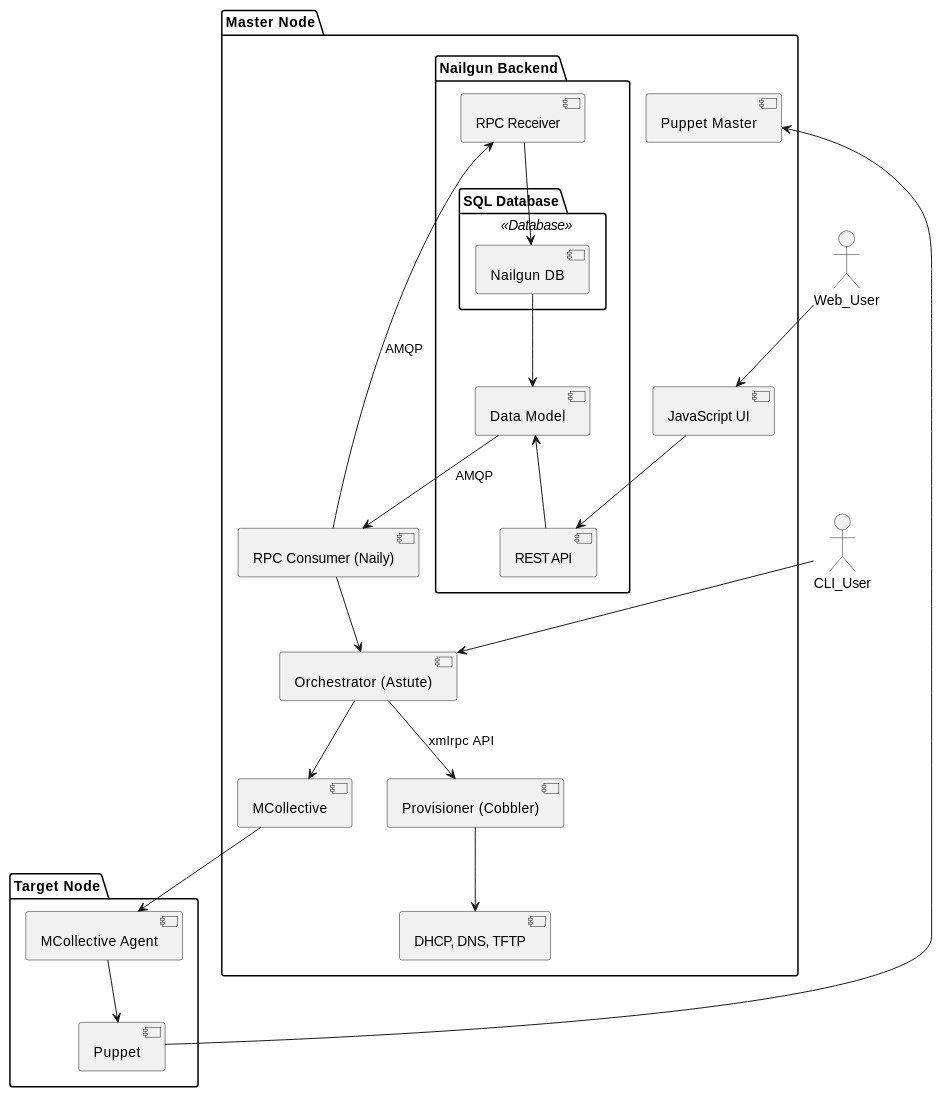
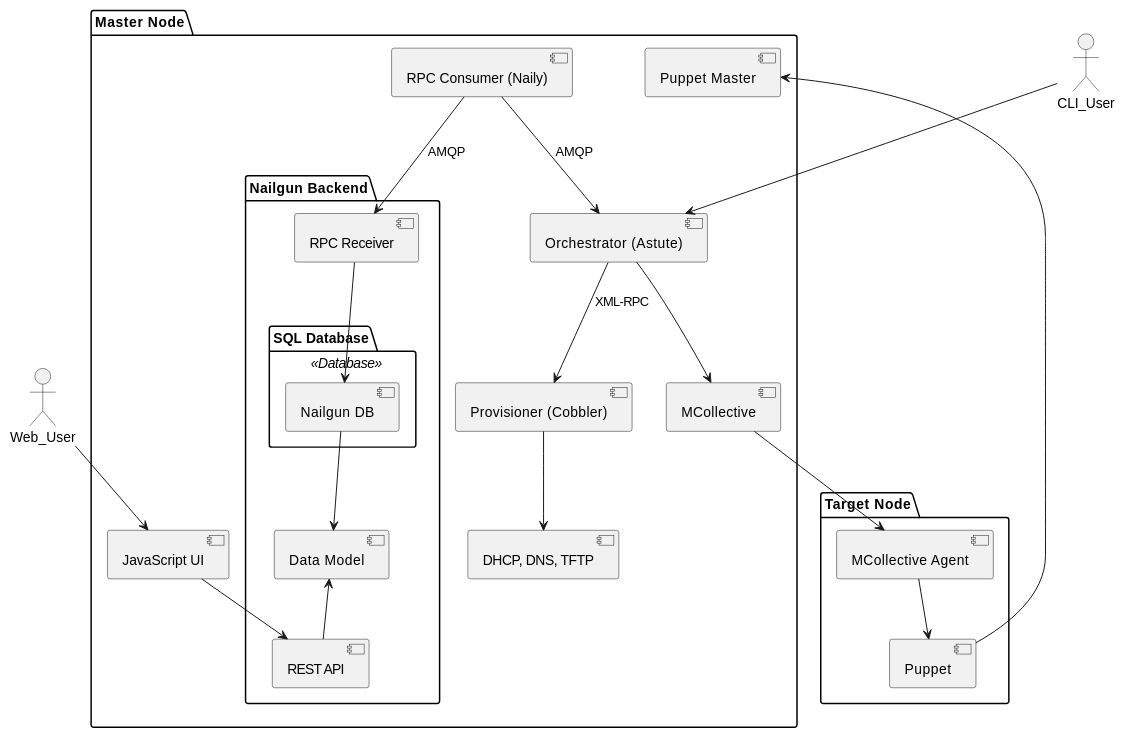
The diagram in docs/develop/logical_arch.rst (openstack-archive/fuel-main), drawn with PlantUML before and after one commit. The commit also changed other lines of this file and 1 other file, not shown here.

First line of the commit message:
Overview of FuelWeb components in the Logical Architecture

```diff
--- a/docs/develop/logical_arch.rst
+++ b/docs/develop/logical_arch.rst
@@ -6,32 +50,31 @@
  .. uml::
     package "Master Node" {
         [JavaScript UI]
         package "Nailgun Backend" {
             package "SQL Database" <<Database>> {
                 [Nailgun DB]
             }
             [Nailgun DB] --> [Data Model]
             [Data Model] <-- [REST API]
             [RPC Receiver] --> [Nailgun DB]
         }
         [Provisioner (Cobbler)] --> [DHCP, DNS, TFTP]
-        [Data Model] --> [RPC Consumer (Naily)] : AMQP
         [RPC Consumer (Naily)] --> [RPC Receiver] : AMQP
-        [RPC Consumer (Naily)] --> [Orchestrator (Astute)]
+        [RPC Consumer (Naily)] --> [Orchestrator (Astute)] : AMQP
         [Orchestrator (Astute)] --> [MCollective]
         [Puppet Master]
     }
     package "Target Node" {
         [MCollective Agent] --> [Puppet]
     }
     actor Web_User
     actor CLI_User
     Web_User --> [JavaScript UI]
     CLI_User --> [Orchestrator (Astute)]
 
     [JavaScript UI] --> [REST API]
 
-    [Orchestrator (Astute)] --> [Provisioner (Cobbler)] : xmlrpc API
+    [Orchestrator (Astute)] --> [Provisioner (Cobbler)] : XML-RPC
 
     [MCollective] --> [MCollective Agent]
     [Puppet] --> [Puppet Master]
```
